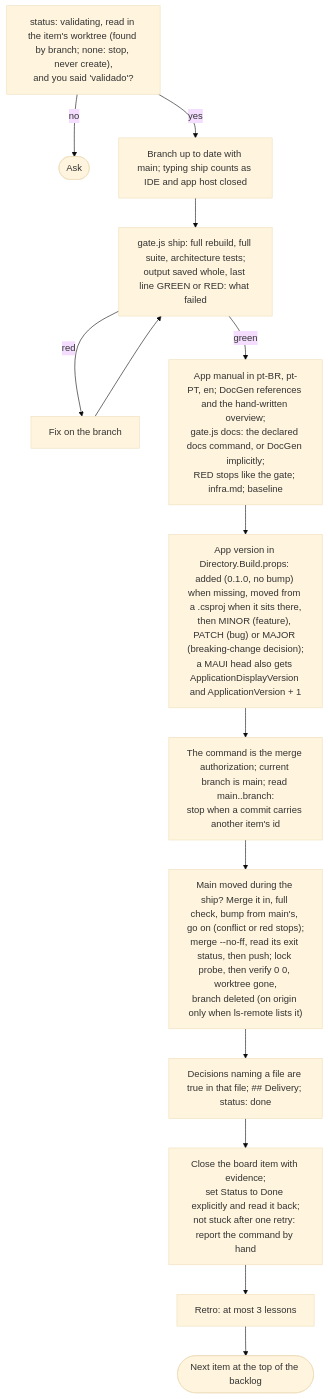
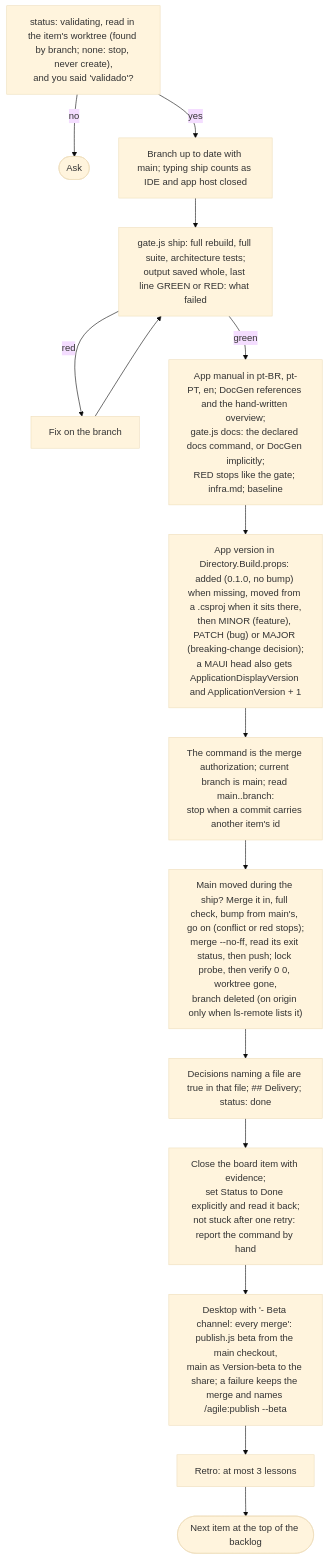
One commit to alexcanario/simulab changed diagram 12 of 20 in docs/agile/workflow.md. Above: the diagram before and after it, drawn with Mermaid (base theme). The commit also changed other lines of this file and 4 other files, not shown here.

````diff
--- a/docs/agile/workflow.md
+++ b/docs/agile/workflow.md
@@ -2780,16 +2881,17 @@
 ```mermaid
 flowchart TD
     A["status: validating, read in the item's worktree (found by branch; none: stop, never create),<br/>and you said 'validado'?"] -->|no| A1(["Ask"])
     A -->|yes| B["Branch up to date with main; typing ship counts as IDE and app host closed"]
     B --> C["gate.js ship: full rebuild, full suite, architecture tests;<br/>output saved whole, last line GREEN or RED: what failed"]
     C -->|red| C1["Fix on the branch"]
     C1 --> C
     C -->|green| D["App manual in pt-BR, pt-PT, en; DocGen references and the hand-written overview;<br/>gate.js docs: the declared docs command, or DocGen implicitly;<br/>RED stops like the gate; infra.md; baseline"]
     D --> D1["App version in Directory.Build.props: added (0.1.0, no bump) when missing, moved from a .csproj when it sits there,<br/>then MINOR (feature), PATCH (bug) or MAJOR (breaking-change decision);<br/>a MAUI head also gets ApplicationDisplayVersion and ApplicationVersion + 1"]
     D1 --> E2["The command is the merge authorization; current branch is main; read main..branch:<br/>stop when a commit carries another item's id"]
     E2 --> F["Main moved during the ship? Merge it in, full check, bump from main's, go on (conflict or red stops);<br/>merge --no-ff, read its exit status, then push; lock probe, then verify 0 0, worktree gone,<br/>branch deleted (on origin only when ls-remote lists it)"]
     F --> G["Decisions naming a file are true in that file; ## Delivery; status: done"]
     G --> H["Close the board item with evidence;<br/>set Status to Done explicitly and read it back;<br/>not stuck after one retry: report the command by hand"]
-    H --> I["Retro: at most 3 lessons"]
+    H --> H2["Desktop with '- Beta channel: every merge': publish.js beta from the main checkout,<br/>main as Version-beta to the share; a failure keeps the merge and names /agile:publish --beta"]
+    H2 --> I["Retro: at most 3 lessons"]
     I --> J(["Next item at the top of the backlog"])
 ```
````
